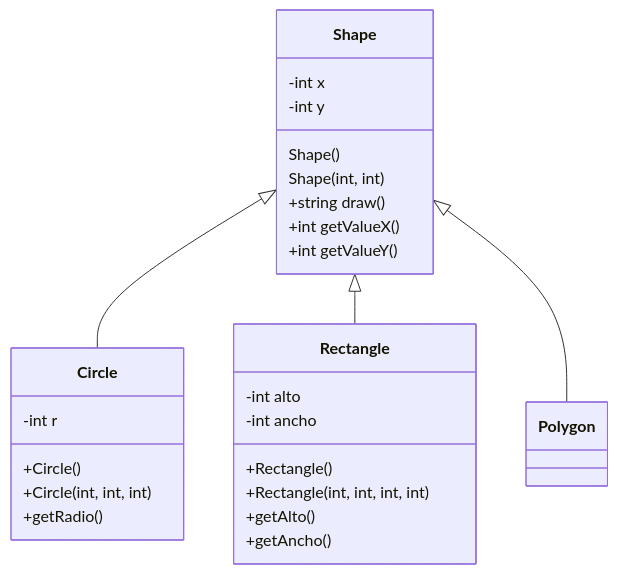
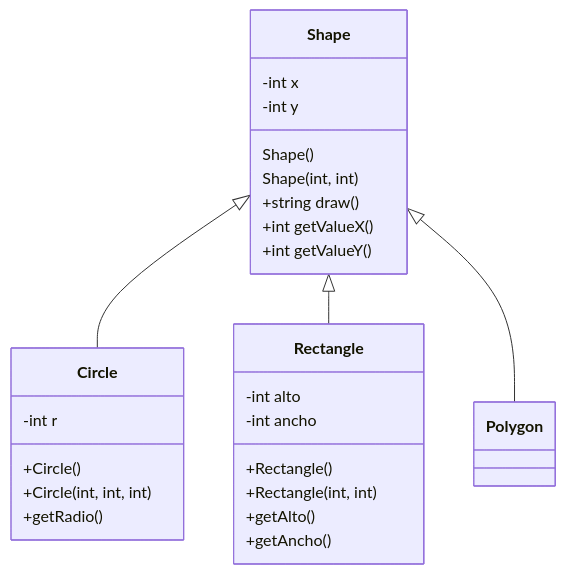
The first of 2 diagrams in assignments/01-ShapeCircleRectanglePolygon/README.md (alexeevalex/TC1030.cpp.herencia), drawn with Mermaid before and after one commit.

````diff
--- a/assignments/01-ShapeCircleRectanglePolygon/README.md
+++ b/assignments/01-ShapeCircleRectanglePolygon/README.md
@@ -5,31 +5,31 @@
 ```mermaid
 classDiagram
       Shape <|-- Circle
       Shape <|-- Rectangle
       Shape <|-- Polygon
       Shape:-int x
       Shape:-int y
       Shape:Shape()
       Shape:Shape(int, int)
       Shape:+string draw()
       Shape:+int getValueX()
       Shape:+int getValueY()
       class Circle {
             -int r
             +Circle()
             +Circle(int, int, int)
             +getRadio()
       }
       class Rectangle {   
             -int alto
             -int ancho
             +Rectangle()
-            +Rectangle(int, int, int, int)
+            +Rectangle(int, int)
             +getAlto()
             +getAncho()
       }
       class Polygon {
       }
         
 
 ```
````
